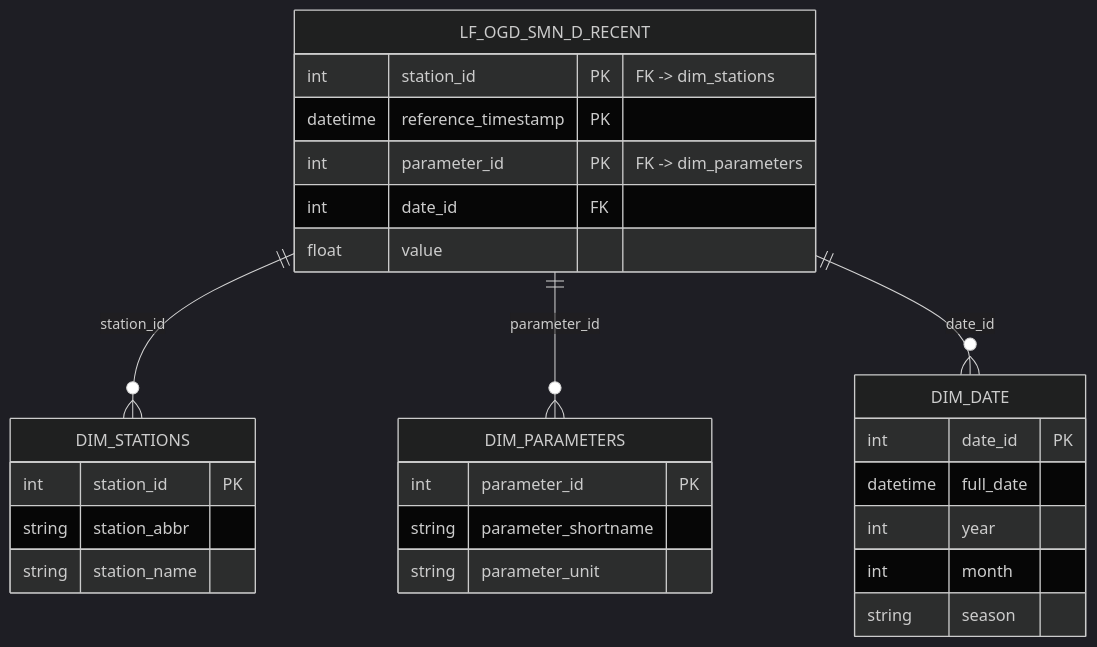
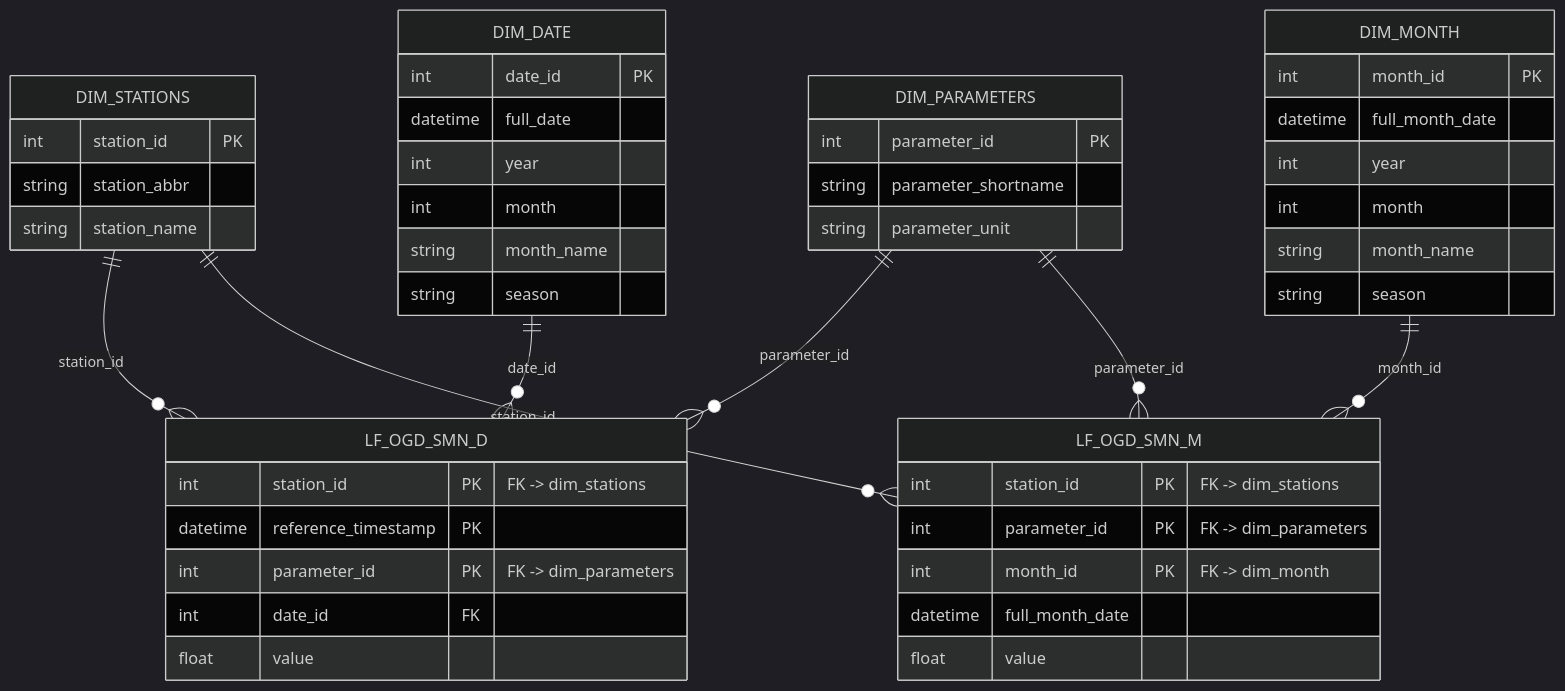
Before and after one commit to nkiper/azure-meteoschweiz-pipeline: the diagram in docs/ARCHITECTURE.md, drawn with Mermaid (dark theme). The commit also changed other lines of this file and 14 other files, not shown here.

````diff
--- a/docs/ARCHITECTURE.md
+++ b/docs/ARCHITECTURE.md
@@ -38,34 +41,55 @@
 ```mermaid
 erDiagram
-    LF_OGD_SMN_D_RECENT ||--o{ DIM_STATIONS : station_id
-    LF_OGD_SMN_D_RECENT ||--o{ DIM_PARAMETERS : parameter_id
-    LF_OGD_SMN_D_RECENT ||--o{ DIM_DATE : date_id
+    DIM_STATIONS ||--o{ LF_OGD_SMN_D : station_id
+    DIM_PARAMETERS ||--o{ LF_OGD_SMN_D : parameter_id
+    DIM_DATE ||--o{ LF_OGD_SMN_D : date_id
+    DIM_STATIONS ||--o{ LF_OGD_SMN_M : station_id
+    DIM_PARAMETERS ||--o{ LF_OGD_SMN_M : parameter_id
+    DIM_MONTH ||--o{ LF_OGD_SMN_M : month_id
 
-    LF_OGD_SMN_D_RECENT {
+    LF_OGD_SMN_D {
         int station_id PK "FK -> dim_stations"
         datetime reference_timestamp PK
         int parameter_id PK "FK -> dim_parameters"
         int date_id FK
+        float value
+    }
+
+    LF_OGD_SMN_M {
+        int station_id PK "FK -> dim_stations"
+        int parameter_id PK "FK -> dim_parameters"
+        int month_id PK "FK -> dim_month"
+        datetime full_month_date
         float value
     }
 
     DIM_STATIONS {
         int station_id PK
         string station_abbr
         string station_name
     }
 
     DIM_PARAMETERS {
         int parameter_id PK
         string parameter_shortname
         string parameter_unit
     }
 
     DIM_DATE {
         int date_id PK
         datetime full_date
         int year
         int month
+        string month_name
+        string season
+    }
+
+    DIM_MONTH {
+        int month_id PK
+        datetime full_month_date
+        int year
+        int month
+        string month_name
         string season
     }
 ```
````
